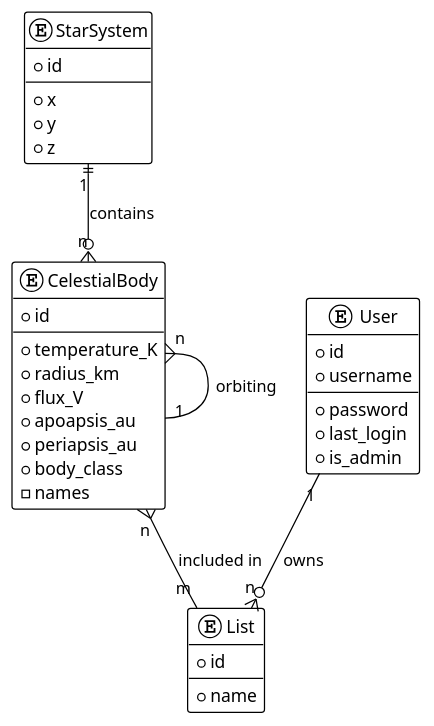
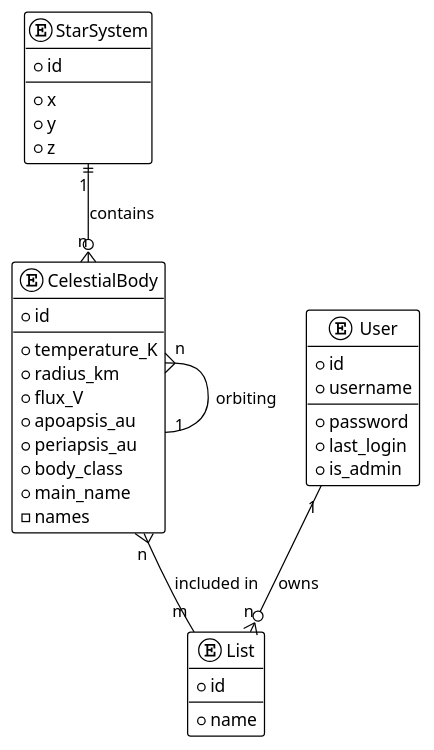
The diagram in erdiagram.puml (TheLuckyLuke1337/sqlite3-demo), drawn with PlantUML before and after one commit.

```diff
--- a/erdiagram.puml
+++ b/erdiagram.puml
@@ -1,44 +1,45 @@
 @startuml er_diagram
 !theme plain
 
 entity "StarSystem" {
   *id
   --
   * x
   * y
   * z
 }
 
 entity "CelestialBody" {
   *id
   --
   *temperature_K
   *radius_km
   *flux_V
   *apoapsis_au
   *periapsis_au
   *body_class
+  *main_name
   -names
 }
 
 entity "User" {
   *id
   *username
   --
   *password
   *last_login
   *is_admin
 }
 
 entity "List" {
   *id
   --
   *name
 }
 
 StarSystem "1" ||--o{ "n" CelestialBody : "contains"
 User "1" --o{ "n" List : "owns"
 CelestialBody "n" }-- "m" List : "included in"
 CelestialBody "n" }-- "1" CelestialBody : "orbiting"
 
 @enduml
```
